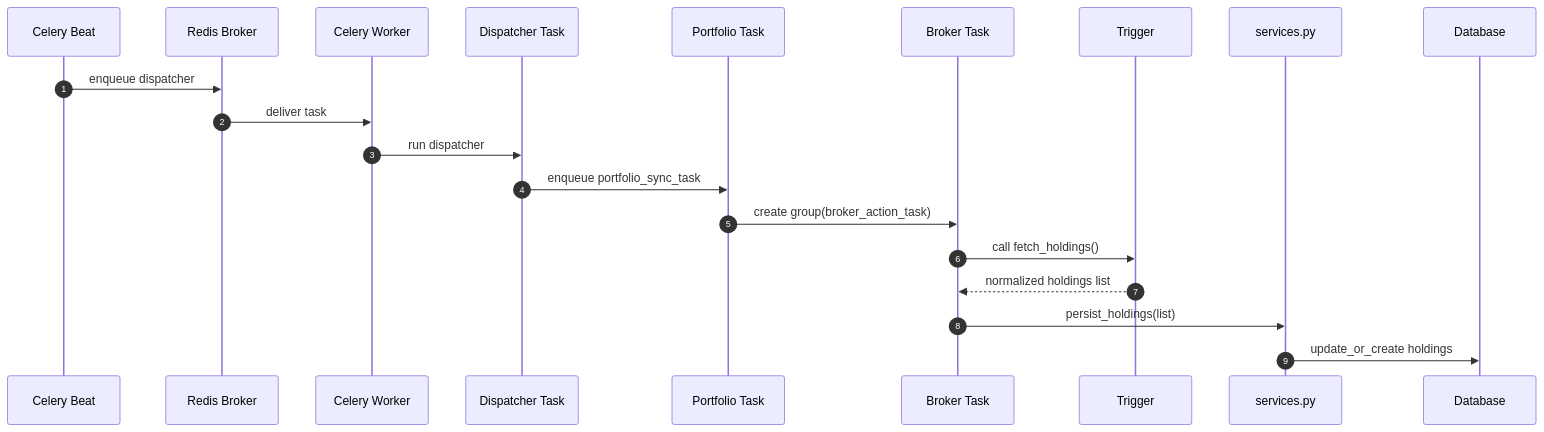
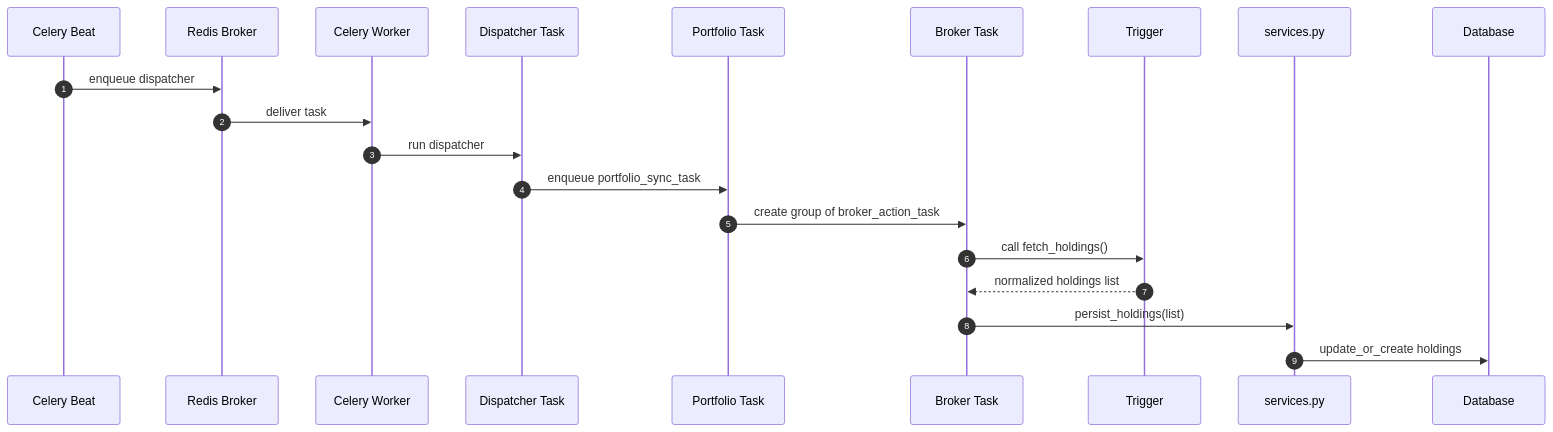
The third of 3 diagrams in code_flow.md (shubh1312/portfolio_backend), drawn with Mermaid before and after one commit. The commit also changed other lines of this file, not shown here.

Commit message:
Update code flow documentation for clarity and GitHub compatibility

````diff
--- a/code_flow.md
+++ b/code_flow.md
@@ -49,26 +49,26 @@
 ```mermaid
 sequenceDiagram
     autonumber
     participant Beat as Celery Beat
     participant Redis as Redis Broker
     participant Worker as Celery Worker
     participant Disp as Dispatcher Task
     participant Port as Portfolio Task
     participant Brok as Broker Task
     participant Trig as Trigger
     participant Svc as services.py
     participant DB as Database
 
     Beat->>Redis: enqueue dispatcher
     Redis->>Worker: deliver task
     Worker->>Disp: run dispatcher
 
     Disp->>Port: enqueue portfolio_sync_task
-    Port->>Brok: create group(broker_action_task)
+    Port->>Brok: create group of broker_action_task
 
     Brok->>Trig: call fetch_holdings()
     Trig-->>Brok: normalized holdings list
 
     Brok->>Svc: persist_holdings(list)
     Svc->>DB: update_or_create holdings
 ```
````
